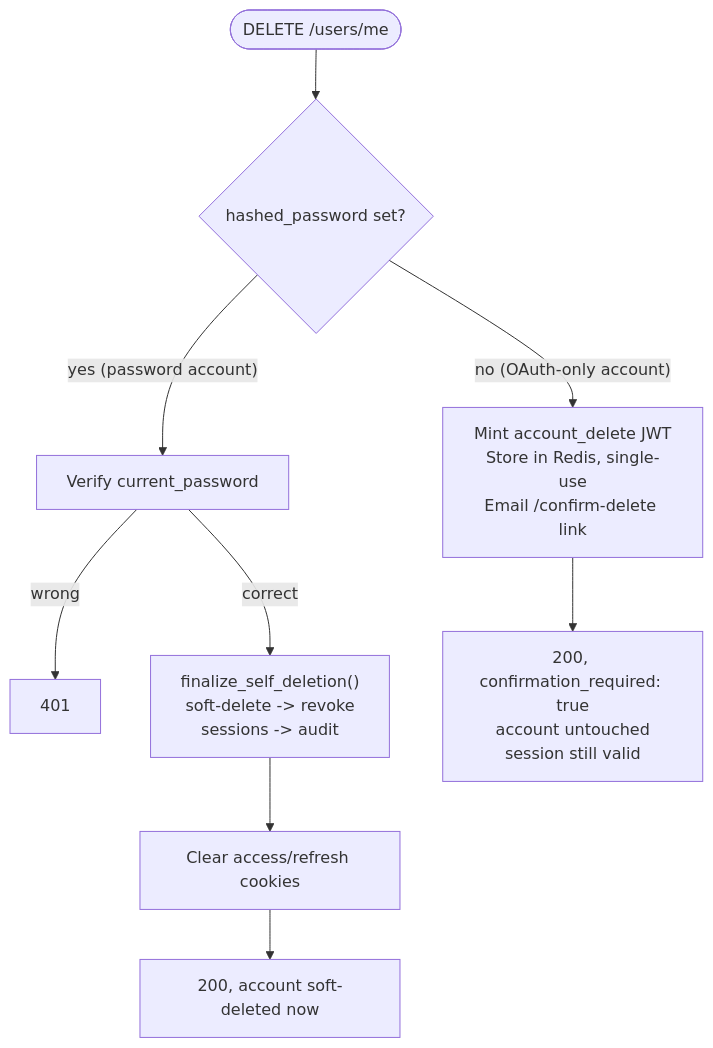
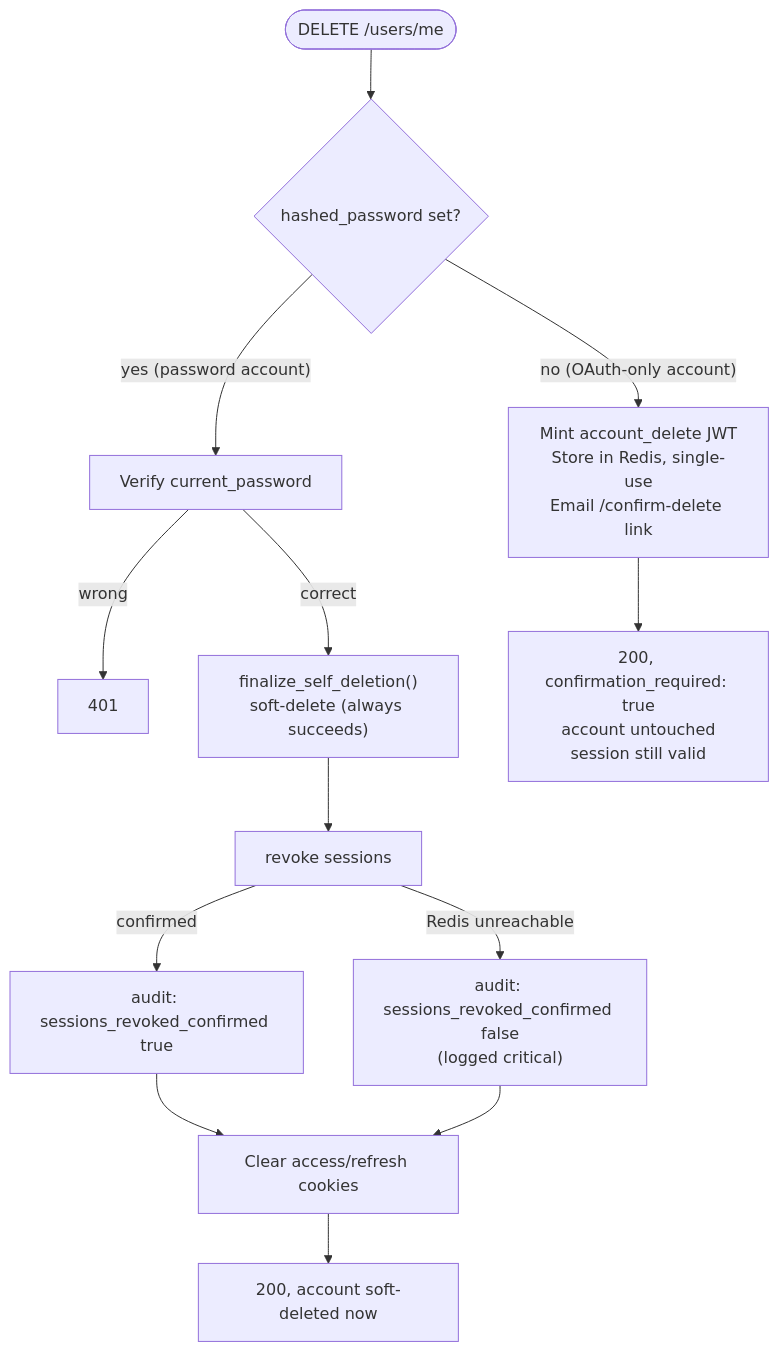
One commit to Nachiket-2024/mystic-auth changed the first of 3 diagrams in docs/mystic_auth/authentication/account-deletion.md. Above: the diagram before and after it, drawn with Mermaid. The commit also changed other lines of this file and 350 other files, not shown here.

````diff
--- a/docs/mystic_auth/authentication/account-deletion.md
+++ b/docs/mystic_auth/authentication/account-deletion.md
@@ -35,12 +35,16 @@
 ```mermaid
 flowchart TD
     Start(["DELETE /users/me"]) --> HasPw{"hashed_password set?"}
     HasPw -- "yes (password account)" --> Verify["Verify current_password"]
     Verify -- "wrong" --> Fail401["401"]
-    Verify -- "correct" --> Finalize["finalize_self_deletion()\nsoft-delete -> revoke\nsessions -> audit"]
-    Finalize --> ClearCookies["Clear access/refresh cookies"]
+    Verify -- "correct" --> Finalize["finalize_self_deletion()\nsoft-delete (always succeeds)"]
+    Finalize --> Revoke["revoke sessions"]
+    Revoke -- "confirmed" --> Audit["audit: sessions_revoked_confirmed true"]
+    Revoke -- "Redis unreachable" --> Audit2["audit: sessions_revoked_confirmed false\n(logged critical)"]
+    Audit --> ClearCookies["Clear access/refresh cookies"]
+    Audit2 --> ClearCookies
     ClearCookies --> Done200["200, account soft-deleted now"]
 
     HasPw -- "no (OAuth-only account)" --> SendEmail["Mint account_delete JWT\nStore in Redis, single-use\nEmail /confirm-delete link"]
     SendEmail --> Pending["200, confirmation_required: true\naccount untouched\nsession still valid"]
 ```
````
